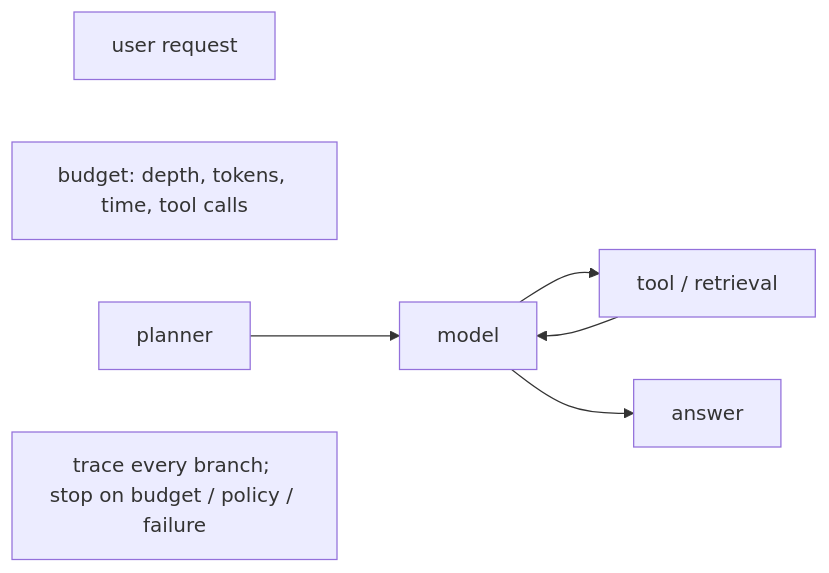
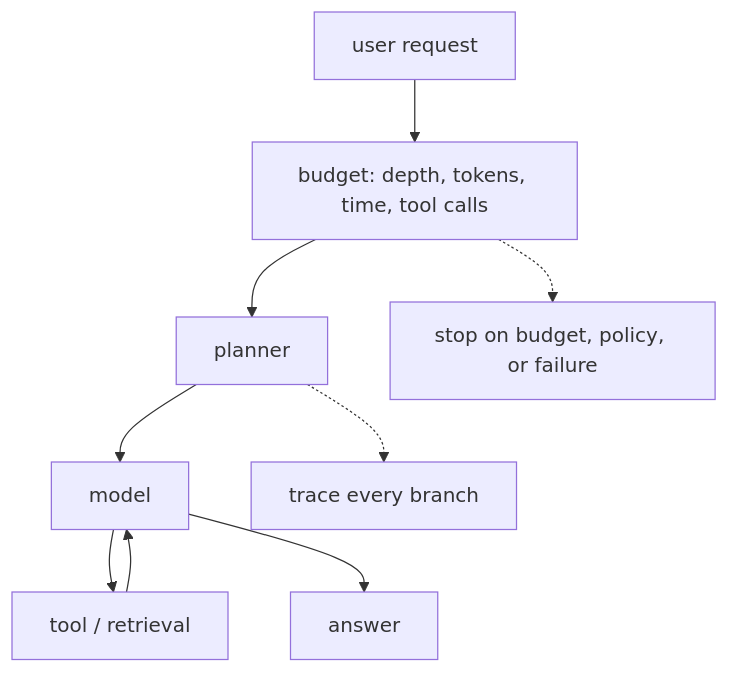
Before and after one commit to jithinpnjm/nvidia-devops: the diagram in docs/volume-05/16-senior-deep-dive-7-agentic-and-multimodal-infrastructure.md, drawn with Mermaid. The commit also changed other lines of this file and 99 other files, not shown here.

````diff
--- a/docs/volume-05/16-senior-deep-dive-7-agentic-and-multimodal-infrastructure.md
+++ b/docs/volume-05/16-senior-deep-dive-7-agentic-and-multimodal-infrastructure.md
@@ -34,15 +32,8 @@
 ```mermaid
-flowchart LR
-  %% Converted from the original ASCII diagram; source wording is preserved.
-  n0["user request"]
-  n1["budget: depth, tokens, time, tool calls"]
-  n2["planner"]
-  n3["model"]
-  n4["tool / retrieval"]
-  n5["answer"]
-  n6["trace every branch; stop on budget / policy / failure"]
-  n2 --> n3
-  n3 --> n4
-  n4 --> n3
-  n3 --> n5
+flowchart TD
+  Request["user request"] --> Budget["budget: depth, tokens, time, tool calls"] --> Planner["planner"] --> Model["model"]
+  Model --> Tool["tool / retrieval"] --> Model
+  Model --> Answer["answer"]
+  Budget -.-> Stop["stop on budget, policy, or failure"]
+  Planner -.-> Trace["trace every branch"]
 ```
````
